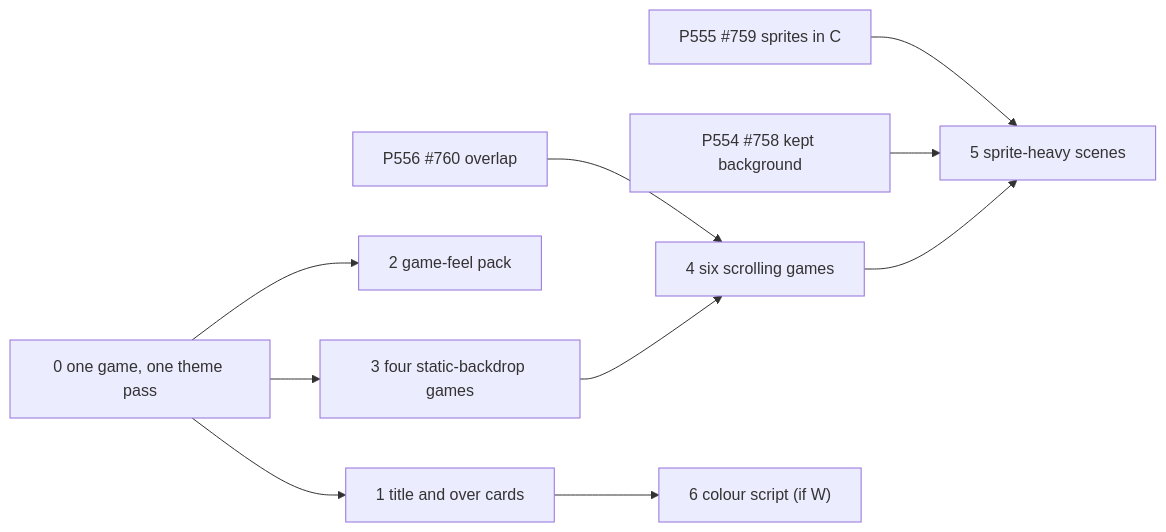
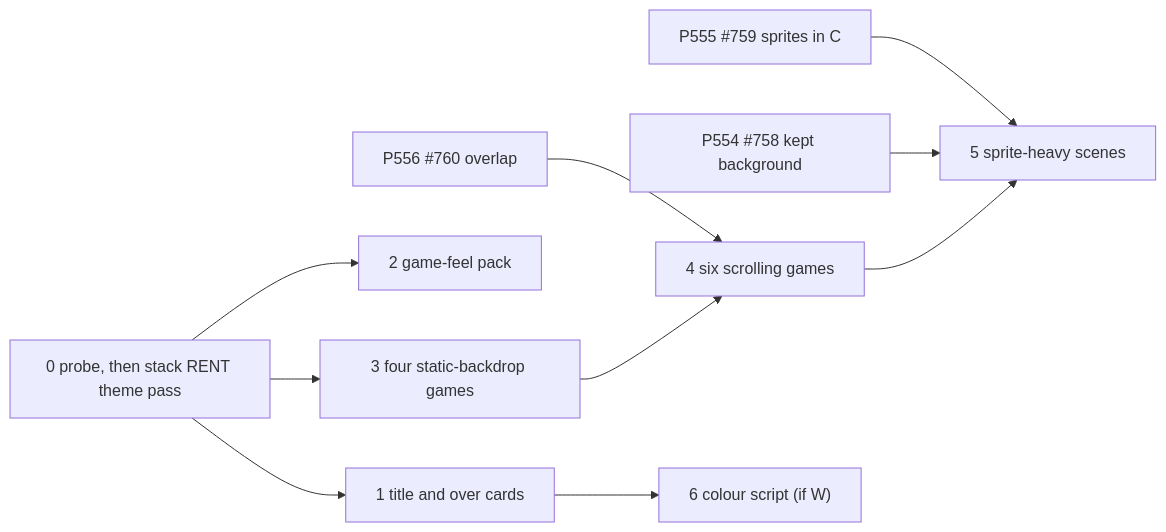
One commit to xmejkal/pixel-games changed the diagram in docs/discovery/2026-11-02-games-restyle/story-map.md. Above: the diagram before and after it, drawn with Mermaid. The commit also changed other lines of this file and 2 other files, not shown here.

````diff
--- a/docs/discovery/2026-11-02-games-restyle/story-map.md
+++ b/docs/discovery/2026-11-02-games-restyle/story-map.md
@@ -35,12 +36,12 @@
 ```mermaid
 flowchart LR
-  s0["0 one game, one theme pass"] --> s1["1 title and over cards"]
+  s0["0 probe, then stack RENT theme pass"] --> s1["1 title and over cards"]
   s0 --> s2["2 game-feel pack"]
   s0 --> s3["3 four static-backdrop games"]
   p760["P556 #760 overlap"] --> s4["4 six scrolling games"]
   s3 --> s4
   p759["P555 #759 sprites in C"] --> s5["5 sprite-heavy scenes"]
   p758["P554 #758 kept background"] --> s5
   s4 --> s5
   s1 --> s6["6 colour script (if W)"]
 ```
````
